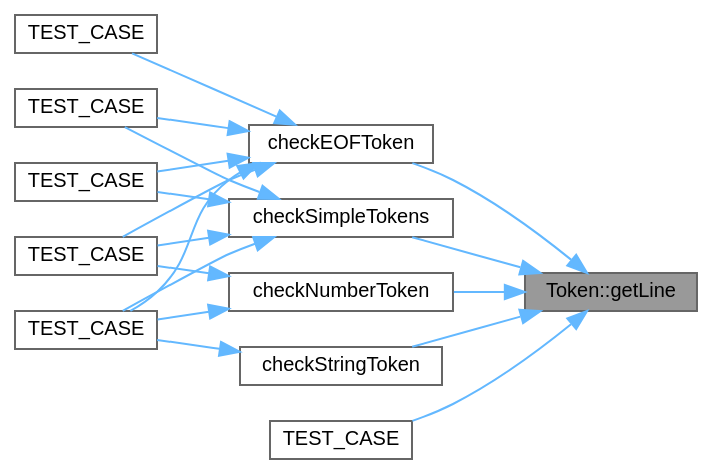
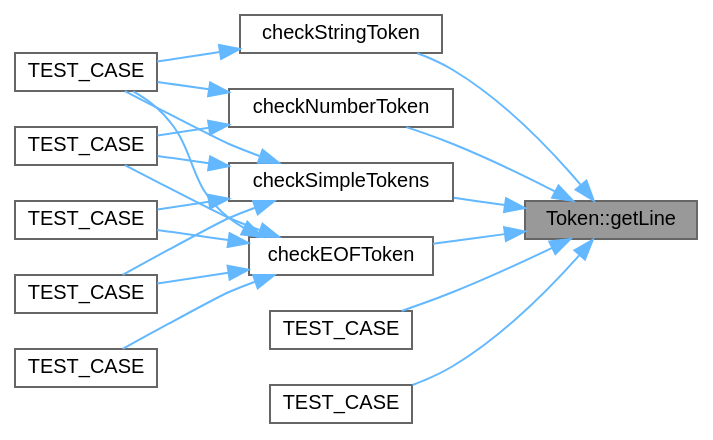
One commit to helcsnewsxd/gsc-interpreter changed the diagram in classToken_aabfcea7b4d2df9591a87095440764993_icgraph.dot. Above: the diagram before and after it, drawn with Graphviz. The commit also changed 117 other files, not shown here.

```diff
--- a/classToken_aabfcea7b4d2df9591a87095440764993_icgraph.dot
+++ b/classToken_aabfcea7b4d2df9591a87095440764993_icgraph.dot
@@ -1,36 +1,38 @@
 digraph "Token::getLine"
 {
  // LATEX_PDF_SIZE
   bgcolor="transparent";
   edge [fontname=Helvetica,fontsize=10,labelfontname=Helvetica,labelfontsize=10];
   node [fontname=Helvetica,fontsize=10,shape=box,height=0.2,width=0.4];
   rankdir="RL";
   Node1 [id="Node000001",label="Token::getLine",height=0.2,width=0.4,color="gray40", fillcolor="grey60", style="filled", fontcolor="black",tooltip=" "];
   Node1 -> Node2 [id="edge1_Node000001_Node000002",dir="back",color="steelblue1",style="solid",tooltip=" "];
   Node2 [id="Node000002",label="checkEOFToken",height=0.2,width=0.4,color="grey40", fillcolor="white", style="filled",URL="$scannerTest_8cpp.html#ad2495ad1ad09176881fb62138f05787f",tooltip=" "];
   Node2 -> Node3 [id="edge2_Node000002_Node000003",dir="back",color="steelblue1",style="solid",tooltip=" "];
   Node3 [id="Node000003",label="TEST_CASE",height=0.2,width=0.4,color="grey40", fillcolor="white", style="filled",URL="$scannerTest_8cpp.html#a234e70dc7b9b2e1f12575f14a6eb4149",tooltip=" "];
   Node2 -> Node4 [id="edge3_Node000002_Node000004",dir="back",color="steelblue1",style="solid",tooltip=" "];
   Node4 [id="Node000004",label="TEST_CASE",height=0.2,width=0.4,color="grey40", fillcolor="white", style="filled",URL="$scannerTest_8cpp.html#a98682d757443df50a081f56d56448546",tooltip=" "];
   Node2 -> Node5 [id="edge4_Node000002_Node000005",dir="back",color="steelblue1",style="solid",tooltip=" "];
   Node5 [id="Node000005",label="TEST_CASE",height=0.2,width=0.4,color="grey40", fillcolor="white", style="filled",URL="$scannerTest_8cpp.html#a5d4ac0fa9b58c9379655db85f31d5b62",tooltip=" "];
   Node2 -> Node6 [id="edge5_Node000002_Node000006",dir="back",color="steelblue1",style="solid",tooltip=" "];
   Node6 [id="Node000006",label="TEST_CASE",height=0.2,width=0.4,color="grey40", fillcolor="white", style="filled",URL="$scannerTest_8cpp.html#ae5642181526f8e4900b00890b11e4ac1",tooltip=" "];
   Node2 -> Node7 [id="edge6_Node000002_Node000007",dir="back",color="steelblue1",style="solid",tooltip=" "];
   Node7 [id="Node000007",label="TEST_CASE",height=0.2,width=0.4,color="grey40", fillcolor="white", style="filled",URL="$scannerTest_8cpp.html#a589f22582df1c77b146c9cfca9f63ea9",tooltip=" "];
   Node1 -> Node8 [id="edge7_Node000001_Node000008",dir="back",color="steelblue1",style="solid",tooltip=" "];
   Node8 [id="Node000008",label="checkNumberToken",height=0.2,width=0.4,color="grey40", fillcolor="white", style="filled",URL="$scannerTest_8cpp.html#a460971eabd5ce2d15d3e64a93259831e",tooltip=" "];
   Node8 -> Node4 [id="edge8_Node000008_Node000004",dir="back",color="steelblue1",style="solid",tooltip=" "];
   Node8 -> Node5 [id="edge9_Node000008_Node000005",dir="back",color="steelblue1",style="solid",tooltip=" "];
   Node1 -> Node9 [id="edge10_Node000001_Node000009",dir="back",color="steelblue1",style="solid",tooltip=" "];
   Node9 [id="Node000009",label="checkSimpleTokens",height=0.2,width=0.4,color="grey40", fillcolor="white", style="filled",URL="$scannerTest_8cpp.html#a8ca6d115c44809c30668348a91e197d5",tooltip=" "];
   Node9 -> Node3 [id="edge11_Node000009_Node000003",dir="back",color="steelblue1",style="solid",tooltip=" "];
   Node9 -> Node4 [id="edge12_Node000009_Node000004",dir="back",color="steelblue1",style="solid",tooltip=" "];
   Node9 -> Node5 [id="edge13_Node000009_Node000005",dir="back",color="steelblue1",style="solid",tooltip=" "];
   Node9 -> Node7 [id="edge14_Node000009_Node000007",dir="back",color="steelblue1",style="solid",tooltip=" "];
   Node1 -> Node10 [id="edge15_Node000001_Node000010",dir="back",color="steelblue1",style="solid",tooltip=" "];
   Node10 [id="Node000010",label="checkStringToken",height=0.2,width=0.4,color="grey40", fillcolor="white", style="filled",URL="$scannerTest_8cpp.html#aec6ff788fa30cc93e9e0386e65814231",tooltip=" "];
   Node10 -> Node4 [id="edge16_Node000010_Node000004",dir="back",color="steelblue1",style="solid",tooltip=" "];
   Node1 -> Node11 [id="edge17_Node000001_Node000011",dir="back",color="steelblue1",style="solid",tooltip=" "];
   Node11 [id="Node000011",label="TEST_CASE",height=0.2,width=0.4,color="grey40", fillcolor="white", style="filled",URL="$tokenTest_8cpp.html#abe5a2cbcef035c08831819ab87efc4ca",tooltip=" "];
+  Node1 -> Node12 [id="edge18_Node000001_Node000012",dir="back",color="steelblue1",style="solid",tooltip=" "];
+  Node12 [id="Node000012",label="TEST_CASE",height=0.2,width=0.4,color="grey40", fillcolor="white", style="filled",URL="$exprTest_8cpp.html#af46c99fa38ede76a0411394f784c16ee",tooltip=" "];
 }
```
